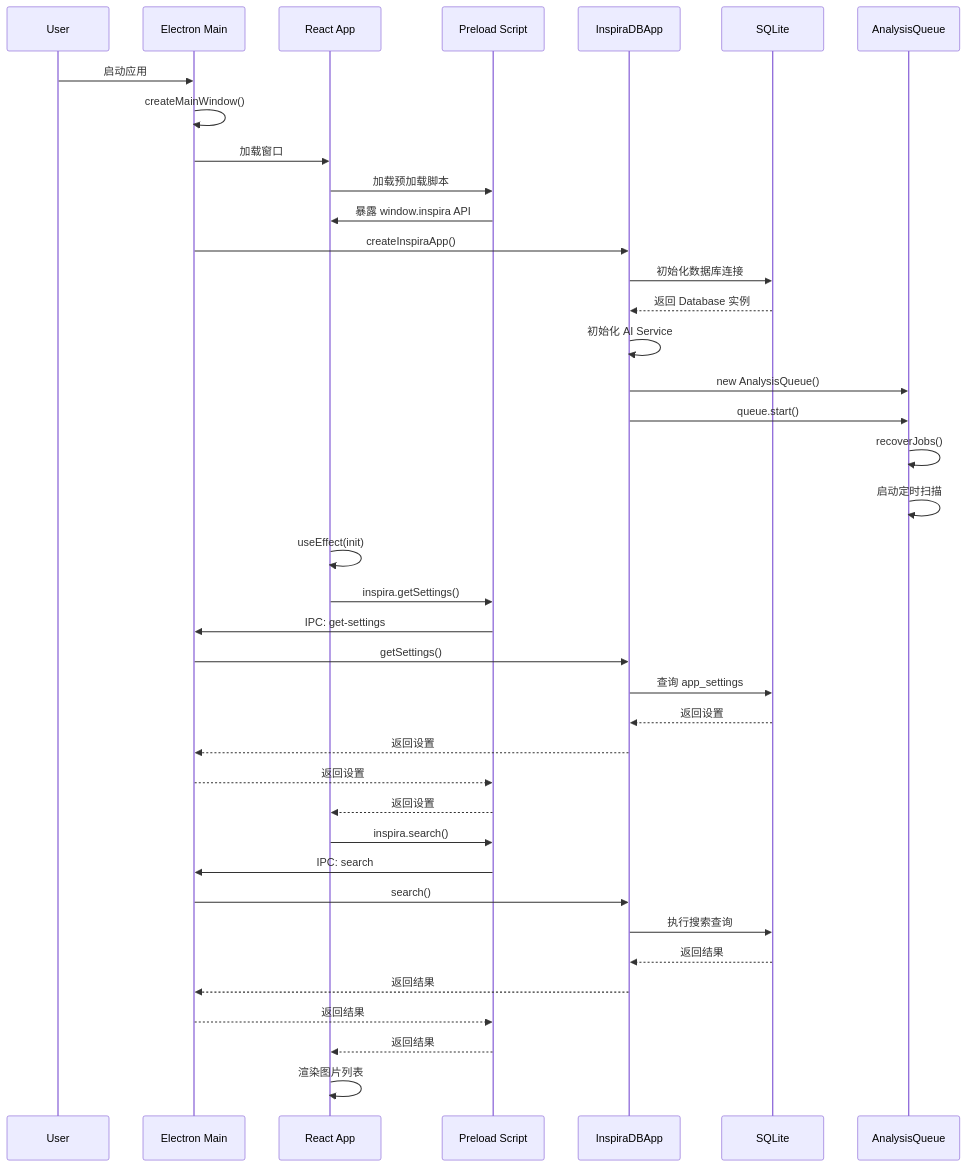
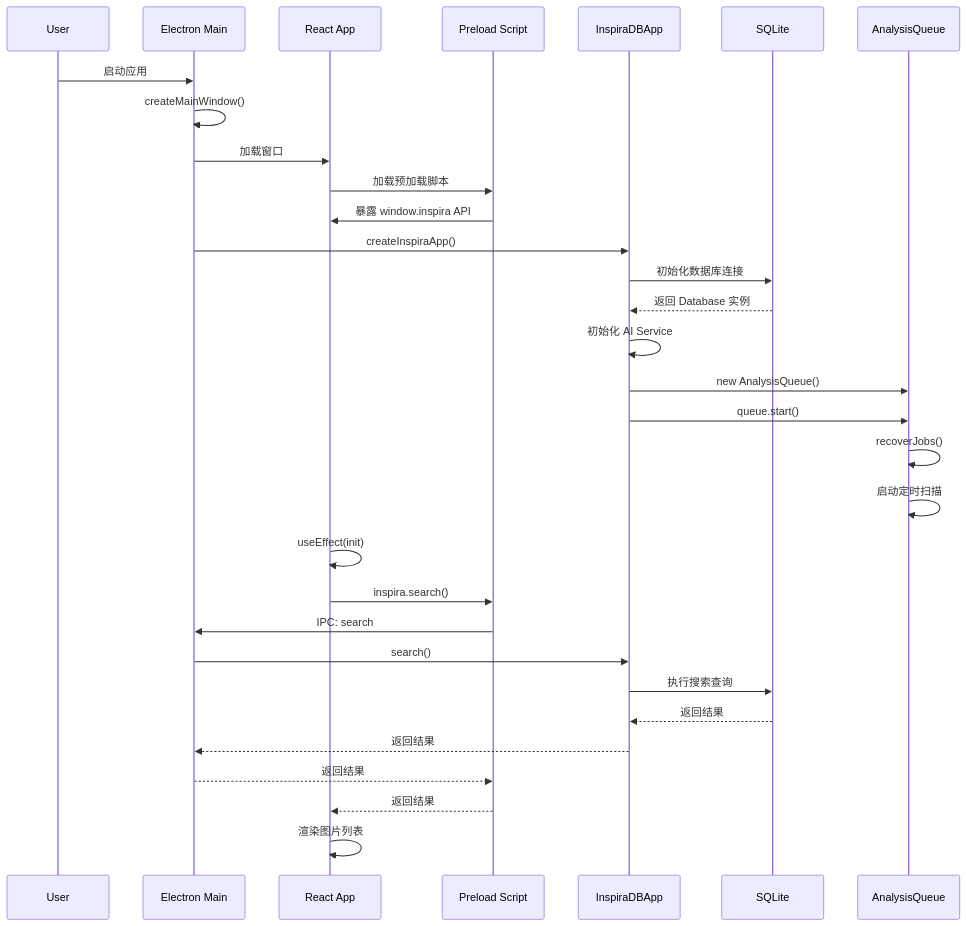
Before and after one commit to JackZhang333/OpenInspiraDB: the fourth of 6 diagrams in ARCHITECTURE.md, drawn with Mermaid. The commit also changed other lines of this file, not shown here.

````diff
--- a/ARCHITECTURE.md
+++ b/ARCHITECTURE.md
@@ -442,45 +448,37 @@
 ```mermaid
 sequenceDiagram
     participant User
     participant Main as Electron Main
     participant Renderer as React App
     participant Preload as Preload Script
     participant Core as InspiraDBApp
     participant DB as SQLite
     participant Queue as AnalysisQueue
 
     User->>Main: 启动应用
     Main->>Main: createMainWindow()
     Main->>Renderer: 加载窗口
     Renderer->>Preload: 加载预加载脚本
     Preload->>Renderer: 暴露 window.inspira API
 
     Main->>Core: createInspiraApp()
     Core->>DB: 初始化数据库连接
     DB-->>Core: 返回 Database 实例
     Core->>Core: 初始化 AI Service
     Core->>Queue: new AnalysisQueue()
     Core->>Queue: queue.start()
     Queue->>Queue: recoverJobs()
     Queue->>Queue: 启动定时扫描
 
     Renderer->>Renderer: useEffect(init)
-    Renderer->>Preload: inspira.getSettings()
-    Preload->>Main: IPC: get-settings
-    Main->>Core: getSettings()
-    Core->>DB: 查询 app_settings
-    DB-->>Core: 返回设置
-    Core-->>Main: 返回设置
-    Main-->>Preload: 返回设置
-    Preload-->>Renderer: 返回设置
 
     Renderer->>Preload: inspira.search()
     Preload->>Main: IPC: search
     Main->>Core: search()
     Core->>DB: 执行搜索查询
     DB-->>Core: 返回结果
     Core-->>Main: 返回结果
     Main-->>Preload: 返回结果
     Preload-->>Renderer: 返回结果
     Renderer->>Renderer: 渲染图片列表
 ```
````
